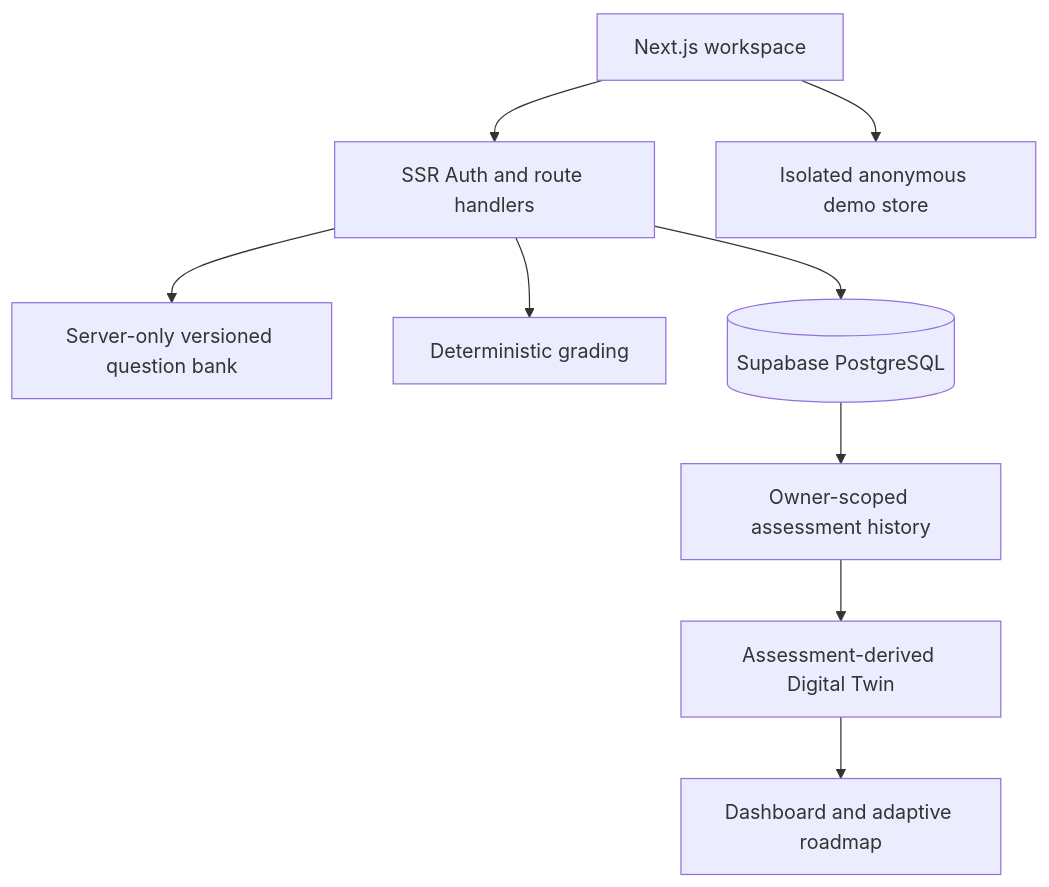
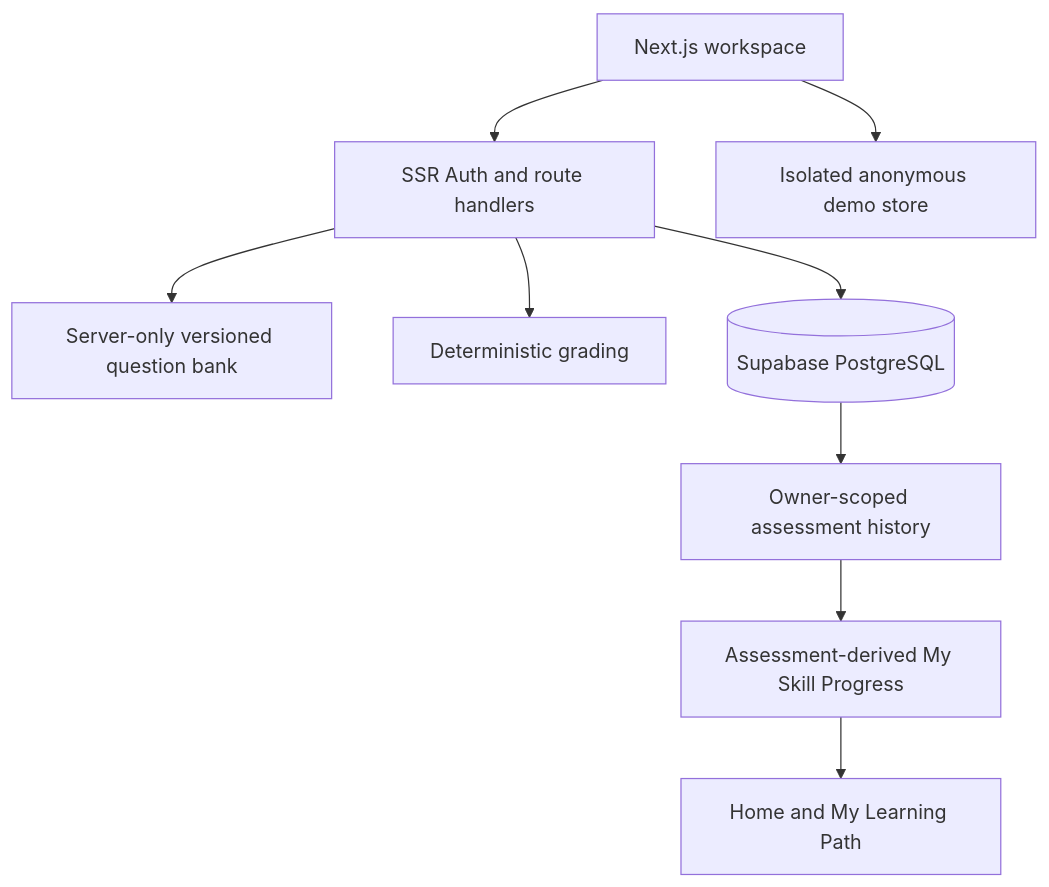
Before and after one commit to jatin45ppandey-design/Skillmetry: the diagram in docs/ARCHITECTURE.md, drawn with Mermaid. The commit also changed other lines of this file and 9 other files, not shown here.

````diff
--- a/docs/ARCHITECTURE.md
+++ b/docs/ARCHITECTURE.md
@@ -3,11 +3,11 @@
 ```mermaid
 flowchart TD
   A[Next.js workspace] --> B[SSR Auth and route handlers]
   A --> C[Isolated anonymous demo store]
   B --> D[Server-only versioned question bank]
   B --> E[Deterministic grading]
   B --> F[(Supabase PostgreSQL)]
   F --> G[Owner-scoped assessment history]
-  G --> H[Assessment-derived Digital Twin]
-  H --> I[Dashboard and adaptive roadmap]
+  G --> H[Assessment-derived My Skill Progress]
+  H --> I[Home and My Learning Path]
 ```
````
